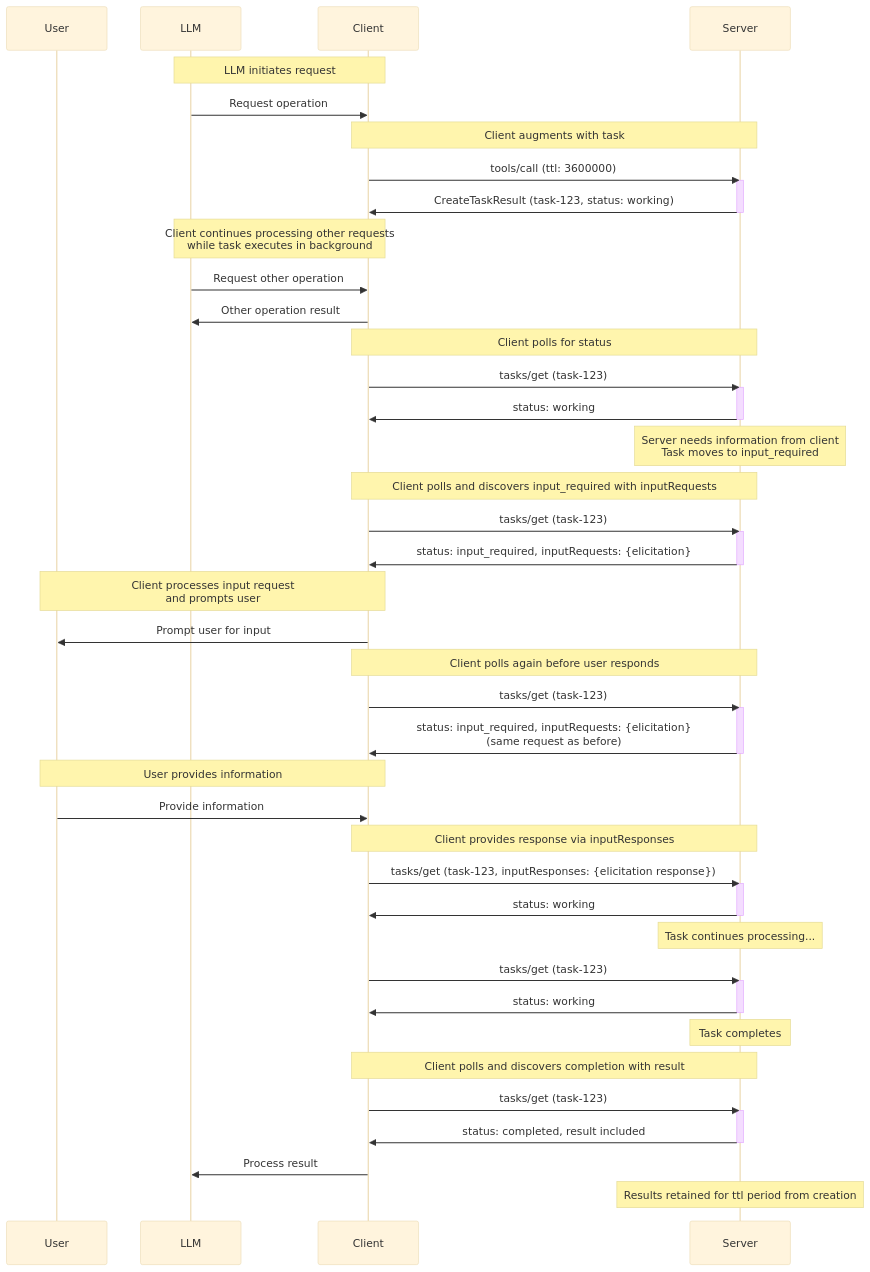
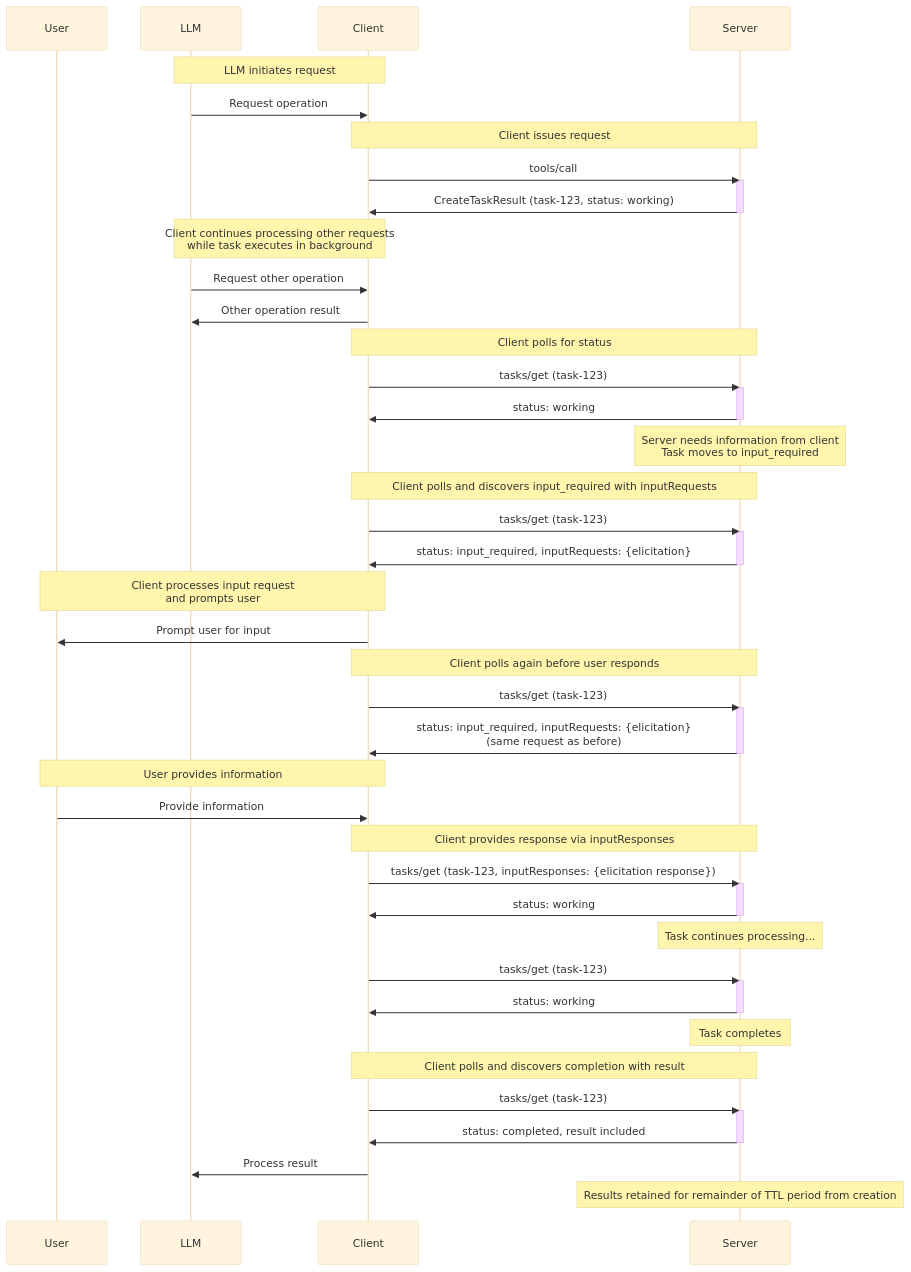
Before and after one commit to modelcontextprotocol/modelcontextprotocol: the third of 4 diagrams in docs/specification/draft/basic/utilities/tasks.mdx, drawn with Mermaid (base theme). The commit also changed other lines of this file and 5 other files, not shown here.

````diff
--- a/docs/specification/draft/basic/utilities/tasks.mdx
+++ b/docs/specification/draft/basic/utilities/tasks.mdx
@@ -637,70 +583,70 @@
 ```mermaid
 sequenceDiagram
     participant U as User
     participant LLM
     participant C as Client
     participant S as Server
 
     Note over LLM,C: LLM initiates request
     LLM->>C: Request operation
 
-    Note over C,S: Client augments with task
-    C->>S: tools/call (ttl: 3600000)
+    Note over C,S: Client issues request
+    C->>S: tools/call
     activate S
     S->>C: CreateTaskResult (task-123, status: working)
     deactivate S
 
     Note over LLM,C: Client continues processing other requests<br/>while task executes in background
     LLM->>C: Request other operation
     C->>LLM: Other operation result
 
     Note over C,S: Client polls for status
     C->>S: tasks/get (task-123)
     activate S
     S->>C: status: working
     deactivate S
 
     Note over S: Server needs information from client<br/>Task moves to input_required
 
     Note over C,S: Client polls and discovers input_required with inputRequests
     C->>S: tasks/get (task-123)
     activate S
     S->>C: status: input_required, inputRequests: {elicitation}
     deactivate S
 
     Note over C,U: Client processes input request<br/>and prompts user
     C->>U: Prompt user for input
 
     Note over C,S: Client polls again before user responds
     C->>S: tasks/get (task-123)
     activate S
     S->>C: status: input_required, inputRequests: {elicitation}<br/>(same request as before)
     deactivate S
 
     Note over U,C: User provides information
     U->>C: Provide information
 
     Note over C,S: Client provides response via inputResponses
     C->>S: tasks/get (task-123, inputResponses: {elicitation response})
     activate S
     S->>C: status: working
     deactivate S
 
     Note over S: Task continues processing...
 
     C->>S: tasks/get (task-123)
     activate S
     S->>C: status: working
     deactivate S
 
     Note over S: Task completes
 
     Note over C,S: Client polls and discovers completion with result
     C->>S: tasks/get (task-123)
     activate S
     S->>C: status: completed, result included
     deactivate S
     C->>LLM: Process result
 
-    Note over S: Results retained for ttl period from creation
+    Note over S: Results retained for remainder of TTL period from creation
 ```
````
